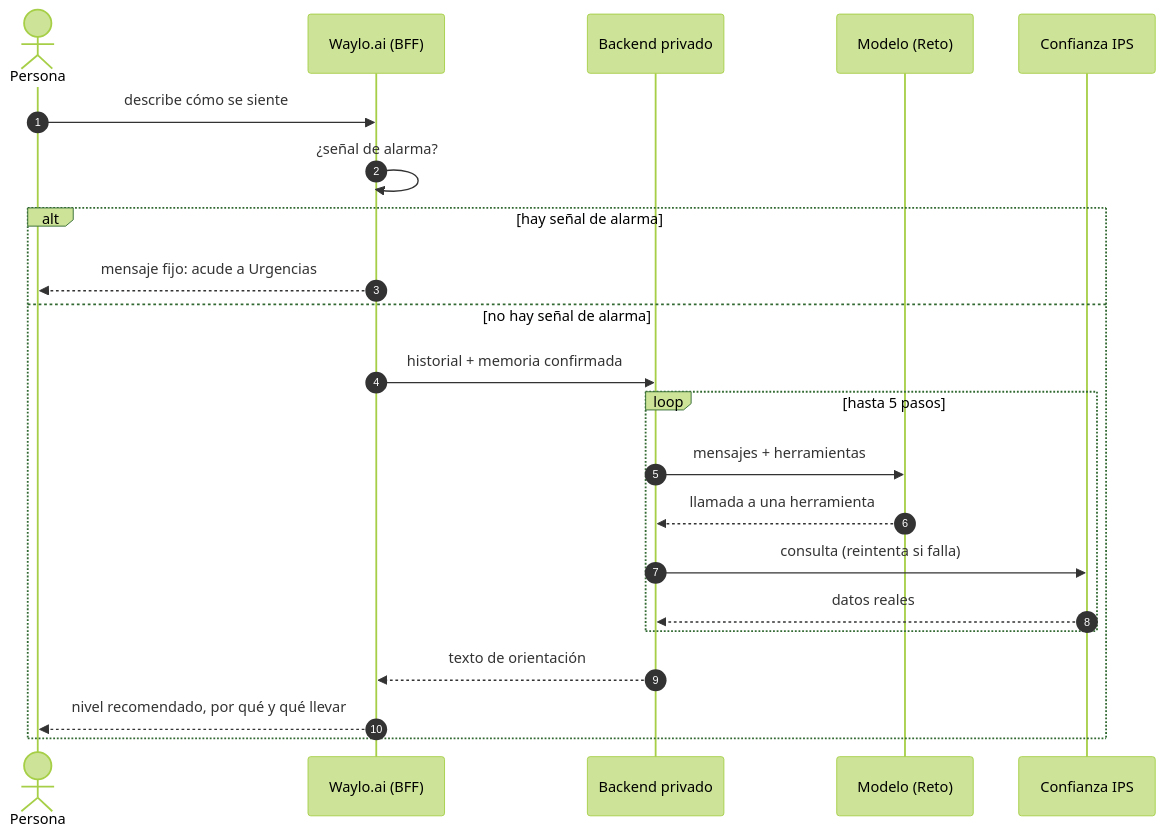
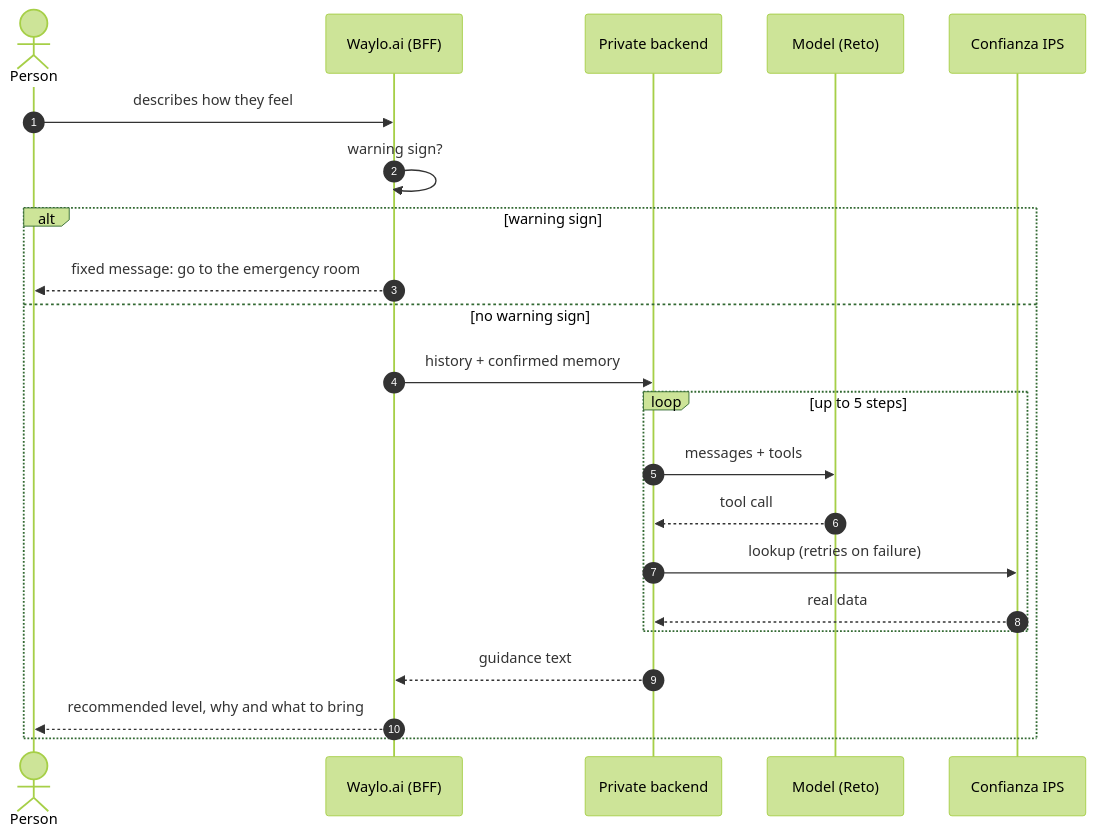
One commit to GustavoAdolfoNavarroPacheco/waylo.ai changed the second of 2 diagrams in README.md. Above: the diagram before and after it, drawn with Mermaid (forest theme). The commit also changed other lines of this file and 34 other files, not shown here.

````diff
--- a/README.md
+++ b/README.md
@@ -166,24 +150,24 @@
 ```mermaid
 sequenceDiagram
   autonumber
-  actor P as Persona
+  actor P as Person
   participant W as Waylo.ai (BFF)
-  participant B as Backend privado
-  participant M as Modelo (Reto)
+  participant B as Private backend
+  participant M as Model (Reto)
   participant I as Confianza IPS
-  P->>W: describe cómo se siente
-  W->>W: ¿señal de alarma?
-  alt hay señal de alarma
-    W-->>P: mensaje fijo: acude a Urgencias
-  else no hay señal de alarma
-    W->>B: historial + memoria confirmada
-    loop hasta 5 pasos
-      B->>M: mensajes + herramientas
-      M-->>B: llamada a una herramienta
-      B->>I: consulta (reintenta si falla)
-      I-->>B: datos reales
+  P->>W: describes how they feel
+  W->>W: warning sign?
+  alt warning sign
+    W-->>P: fixed message: go to the emergency room
+  else no warning sign
+    W->>B: history + confirmed memory
+    loop up to 5 steps
+      B->>M: messages + tools
+      M-->>B: tool call
+      B->>I: lookup (retries on failure)
+      I-->>B: real data
     end
-    B-->>W: texto de orientación
-    W-->>P: nivel recomendado, por qué y qué llevar
+    B-->>W: guidance text
+    W-->>P: recommended level, why and what to bring
   end
 ```
````
